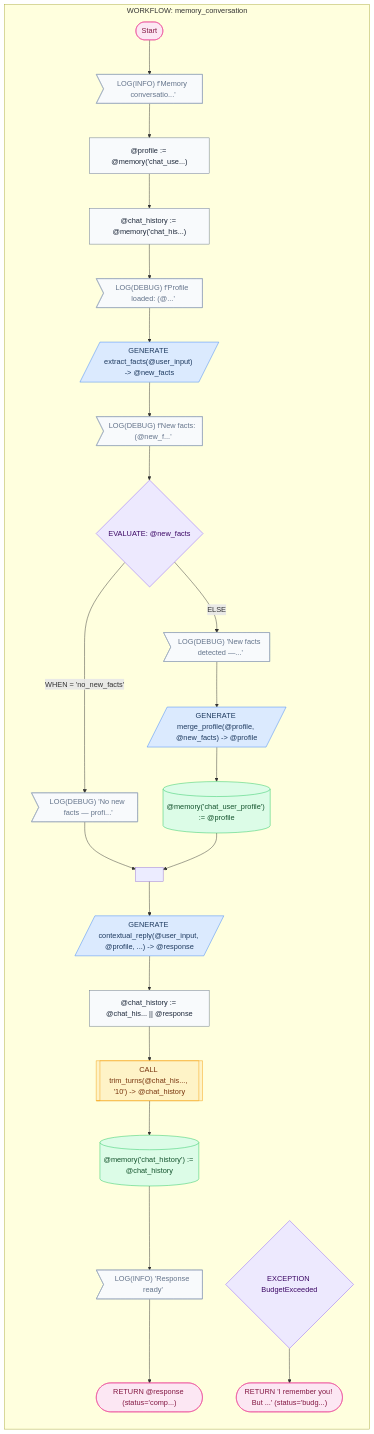
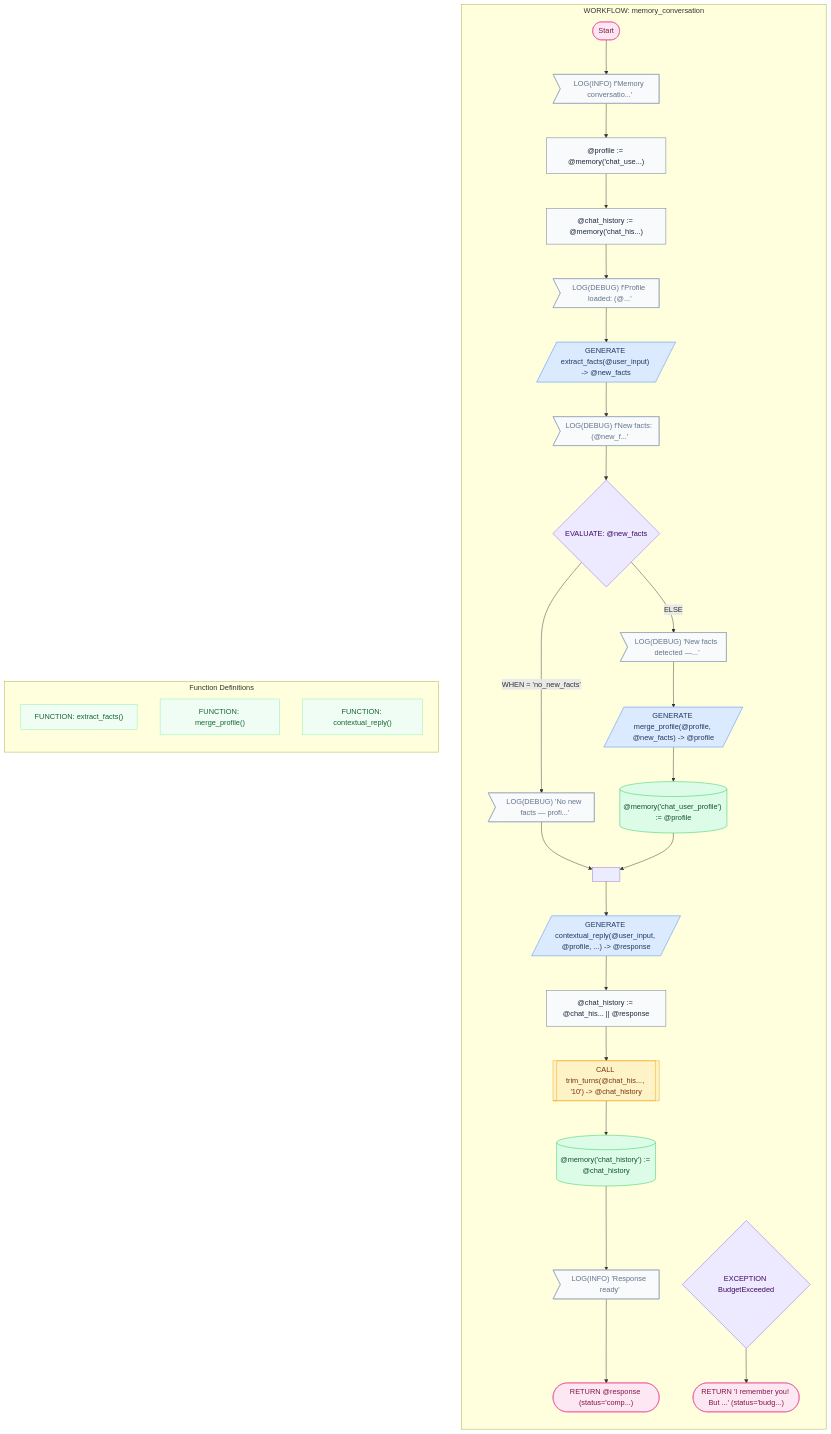
The diagram in cookbook/19_memory_conversation/mermaid/memory_chat.md (digital-duck/SPL.py), drawn with Mermaid before and after one commit. The commit also changed 334 other files, not shown here.

```diff
--- a/cookbook/19_memory_conversation/mermaid/memory_chat.md
+++ b/cookbook/19_memory_conversation/mermaid/memory_chat.md
@@ -50,6 +50,12 @@
     RET21(["RETURN 'I remember you! But ...' (status='budg...)"])
     EXC20 --> RET21
     end
+    subgraph FUNCTIONS["Function Definitions"]
+    direction TB
+    FN22["FUNCTION: extract_facts()"]
+    FN23["FUNCTION: merge_profile()"]
+    FN24["FUNCTION: contextual_reply()"]
+    end
     class START1 term
     class LOG2 log
     class A3 assign
@@ -70,6 +76,9 @@
     class RET19 term
     class EXC20 ctrl
     class RET21 term
+    class FN22 fn
+    class FN23 fn
+    class FN24 fn
     classDef llm fill:#dbeafe,stroke:#3b82f6,color:#1e3a5f
     classDef proc fill:#fef3c7,stroke:#f59e0b,color:#78350f
     classDef ctrl fill:#ede9fe,stroke:#8b5cf6,color:#3b0764
```
